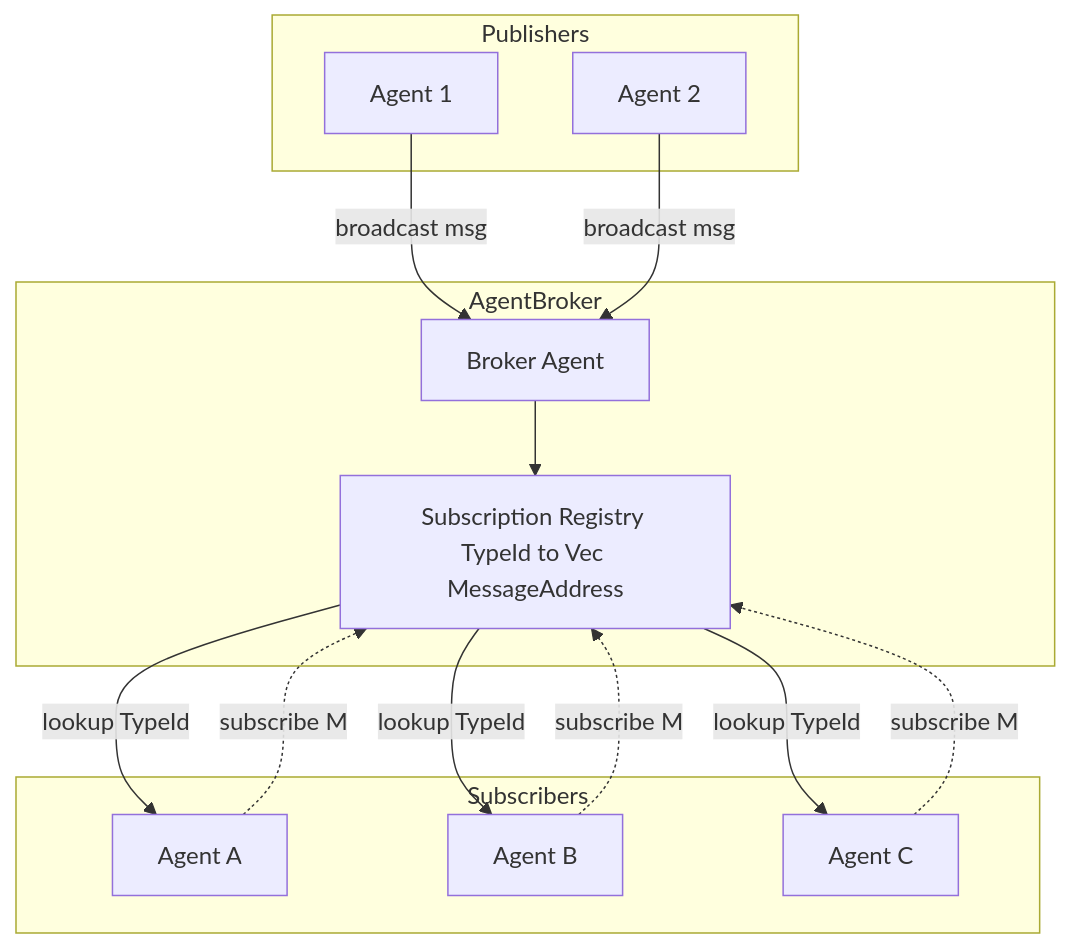
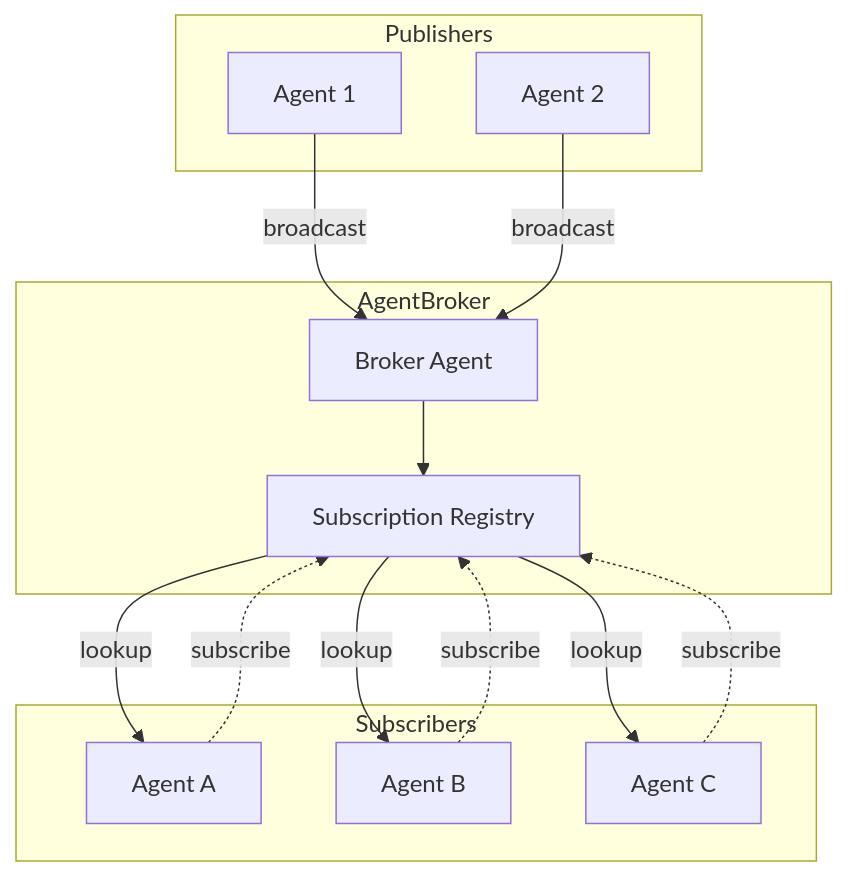
Before and after one commit to Govcraft/acton-reactive: the seventh of 13 diagrams in acton-docs-site/src/app/docs/architecture/page.md, drawn with Mermaid. The commit also changed other lines of this file, not shown here.

First line of the commit message:
fix(docs): update Mermaid diagrams for v11.x compatibility

````diff
--- a/acton-docs-site/src/app/docs/architecture/page.md
+++ b/acton-docs-site/src/app/docs/architecture/page.md
@@ -311,30 +311,30 @@
 ```mermaid
 graph TB
-    subgraph "Publishers"
-        Pub1[Agent 1]
-        Pub2[Agent 2]
+    subgraph Publishers
+        Pub1["Agent 1"]
+        Pub2["Agent 2"]
     end
 
-    subgraph "AgentBroker"
-        BrokerAgent[Broker Agent]
-        SubRegistry[Subscription Registry TypeId to Vec MessageAddress]
+    subgraph BrokerSubgraph["AgentBroker"]
+        BrokerAgent["Broker Agent"]
+        SubRegistry["Subscription Registry"]
     end
 
-    subgraph "Subscribers"
-        Sub1[Agent A]
-        Sub2[Agent B]
-        Sub3[Agent C]
+    subgraph Subscribers
+        Sub1["Agent A"]
+        Sub2["Agent B"]
+        Sub3["Agent C"]
     end
 
-    Pub1 -->|broadcast msg| BrokerAgent
-    Pub2 -->|broadcast msg| BrokerAgent
+    Pub1 -->|broadcast| BrokerAgent
+    Pub2 -->|broadcast| BrokerAgent
 
     BrokerAgent --> SubRegistry
-    SubRegistry -->|lookup TypeId| Sub1
-    SubRegistry -->|lookup TypeId| Sub2
-    SubRegistry -->|lookup TypeId| Sub3
+    SubRegistry -->|lookup| Sub1
+    SubRegistry -->|lookup| Sub2
+    SubRegistry -->|lookup| Sub3
 
-    Sub1 -.->|subscribe M| SubRegistry
-    Sub2 -.->|subscribe M| SubRegistry
-    Sub3 -.->|subscribe M| SubRegistry
+    Sub1 -.->|subscribe| SubRegistry
+    Sub2 -.->|subscribe| SubRegistry
+    Sub3 -.->|subscribe| SubRegistry
 ```
````
